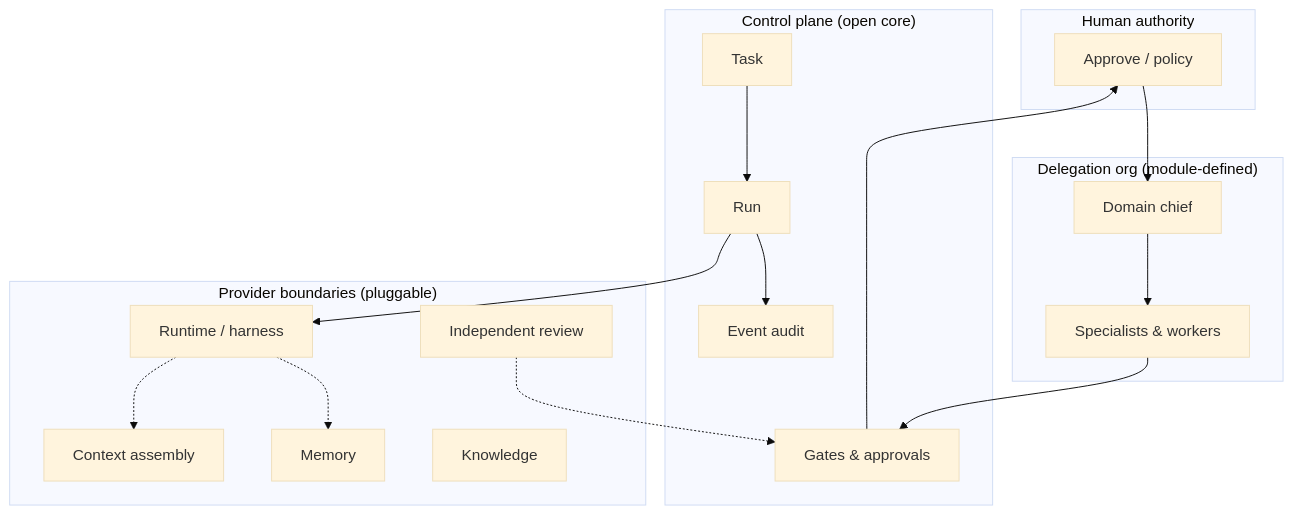
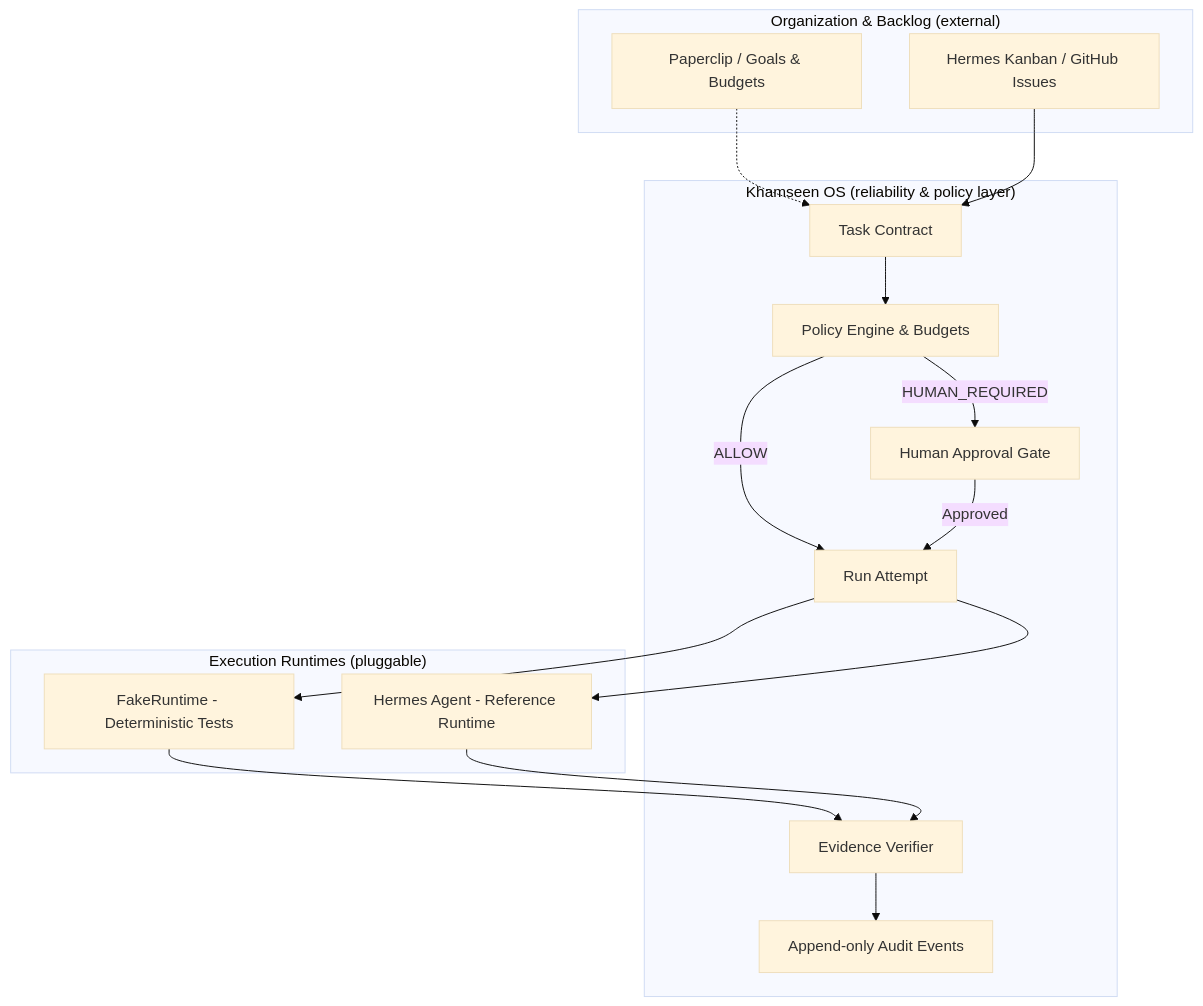
One commit to Fizioh/khamseen-os changed the diagram in README.md. Above: the diagram before and after it, drawn with Mermaid (base theme). The commit also changed other lines of this file and 1 other file, not shown here.

Commit message:
docs(architecture): align README and ARCHITECTURE with reliability layer positioning

````diff
--- a/README.md
+++ b/README.md
@@ -42,37 +43,33 @@
 ```mermaid
 flowchart TB
-  subgraph Human["Human authority"]
-    HA[Approve / policy]
+  subgraph Org["Organization & Backlog (external)"]
+    PC[Paperclip / Goals & Budgets]
+    HK[Hermes Kanban / GitHub Issues]
   end
 
-  subgraph CP["Control plane (open core)"]
-    T[Task]
-    R[Run]
-    E[Event audit]
-    G[Gates & approvals]
+  subgraph KOS["Khamseen OS (reliability & policy layer)"]
+    T[Task Contract]
+    R[Run Attempt]
+    P[Policy Engine & Budgets]
+    EV[Evidence Verifier]
+    AU[Append-only Audit Events]
+    HA[Human Approval Gate]
   end
 
-  subgraph Org["Delegation org (module-defined)"]
-    Chief[Domain chief]
-    Workers[Specialists & workers]
+  subgraph RT["Execution Runtimes (pluggable)"]
+    FA[FakeRuntime - Deterministic Tests]
+    HE[Hermes Agent - Reference Runtime]
   end
 
-  subgraph Providers["Provider boundaries (pluggable)"]
-    RT[Runtime / harness]
-    CTX[Context assembly]
-    MEM[Memory]
-    KNOW[Knowledge]
-    REV[Independent review]
-  end
-
-  HA --> Chief
-  Chief --> Workers
-  T --> R
-  R --> RT
-  R --> E
-  Workers --> G
-  G --> HA
-  RT -.-> CTX
-  RT -.-> MEM
-  REV -.-> G
+  PC -.-> T
+  HK --> T
+  T --> P
+  P -->|ALLOW| R
+  P -->|HUMAN_REQUIRED| HA
+  HA -->|Approved| R
+  R --> FA
+  R --> HE
+  FA --> EV
+  HE --> EV
+  EV --> AU
 ```
````
